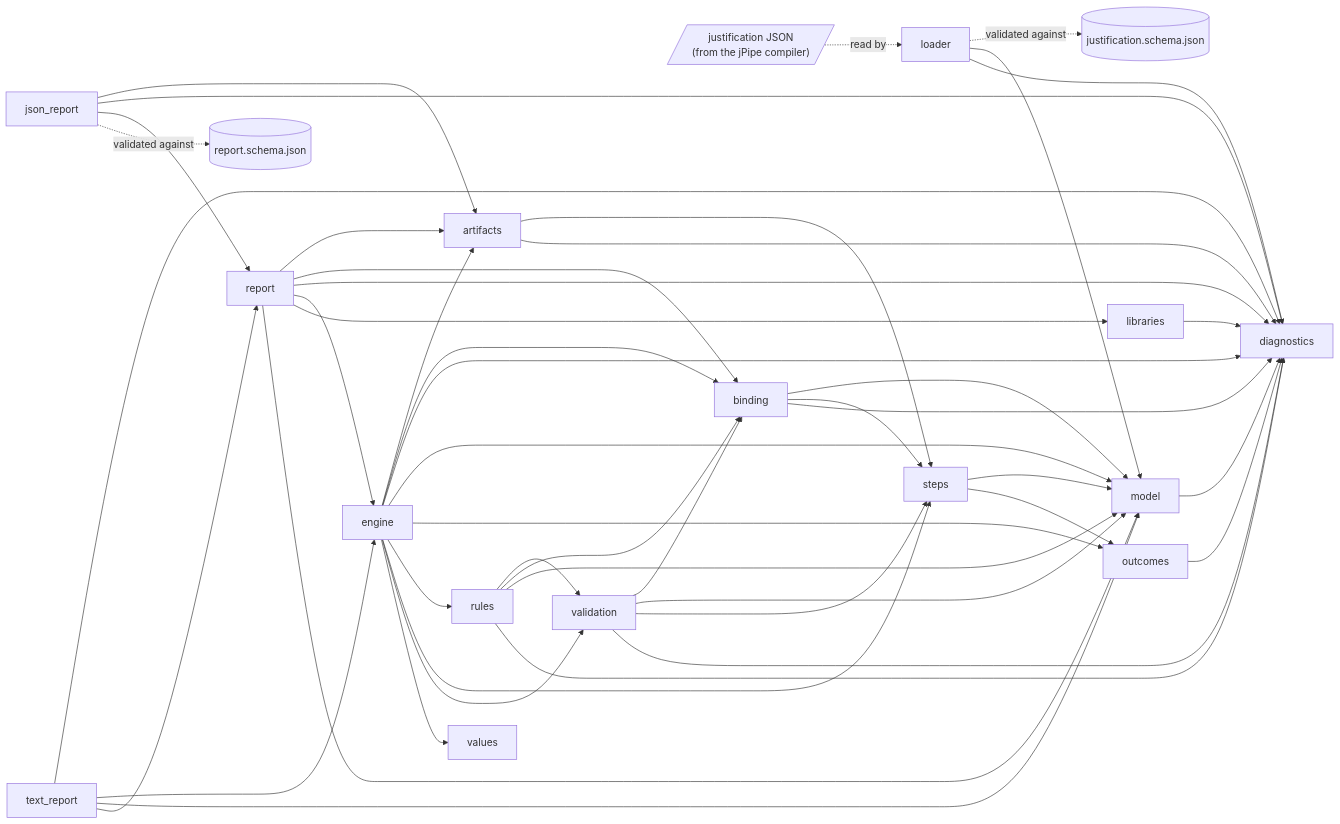
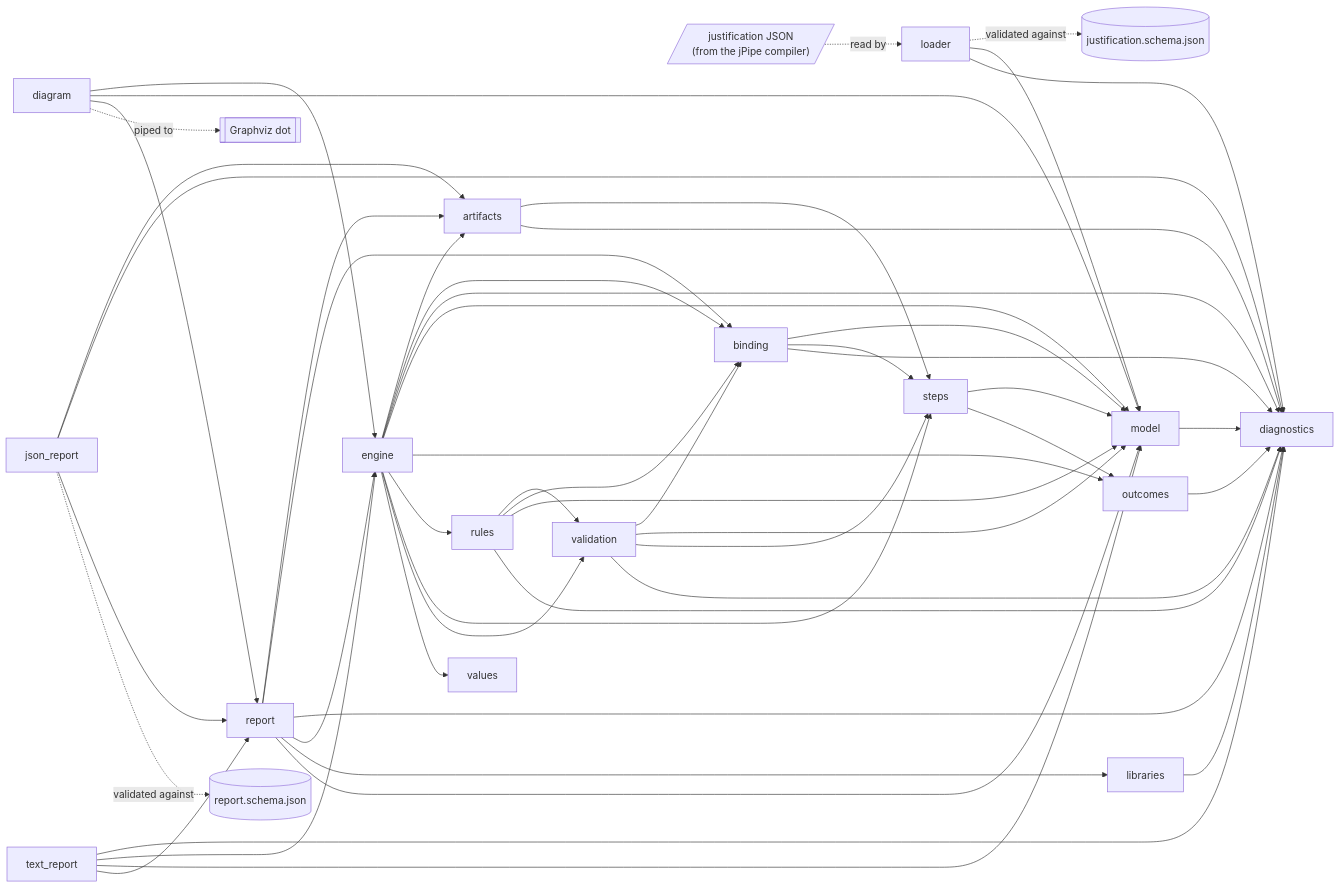
The first of 2 diagrams in docs/design.md (jpipe-mcscert/jpipe-runner), drawn with Mermaid before and after one commit. The commit also changed other lines of this file and 15 other files, not shown here.

````diff
--- a/docs/design.md
+++ b/docs/design.md
@@ -8,53 +8,57 @@
 ```mermaid
 flowchart LR
     json[/"justification JSON<br>(from the jPipe compiler)"/]
     schema[("justification.schema.json")]
     reportschema[("report.schema.json")]
 
     json -.->|read by| loader
     loader -.->|validated against| schema
     loader --> model
     loader --> diagnostics
     model --> diagnostics
     outcomes --> diagnostics
     steps --> model
     steps --> outcomes
     values[values]
     binding --> model
     binding --> steps
     binding --> diagnostics
     validation --> binding
     validation --> model
     validation --> steps
     validation --> diagnostics
     rules --> validation
     rules --> binding
     rules --> model
     rules --> diagnostics
     artifacts --> steps
     artifacts --> diagnostics
     libraries --> diagnostics
     engine --> artifacts
     engine --> binding
     engine --> diagnostics
     engine --> model
     engine --> outcomes
     engine --> rules
     engine --> steps
     engine --> validation
     engine --> values
     report --> artifacts
     report --> binding
     report --> diagnostics
     report --> engine
     report --> libraries
     report --> model
+    diagram --> engine
+    diagram --> model
+    diagram --> report
+    diagram -.->|piped to| dot[["Graphviz dot"]]
     json_report --> artifacts
     json_report --> diagnostics
     json_report --> report
     json_report -.->|validated against| reportschema
     text_report --> diagnostics
     text_report --> engine
     text_report --> model
     text_report --> report
 ```
````
